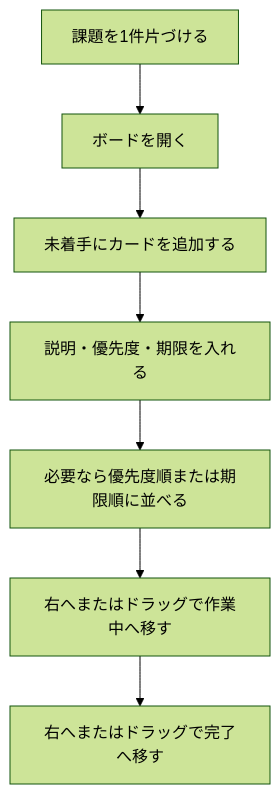
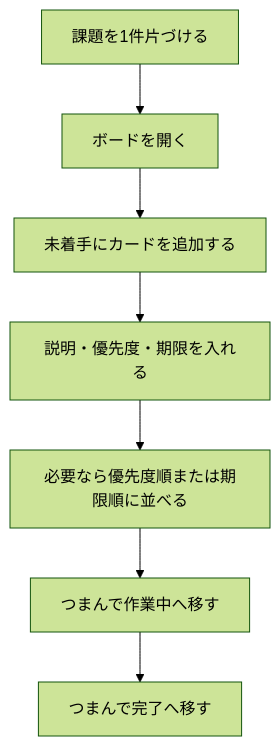
Before and after one commit to pfgnsb/kadai-kanri-board: the first of 10 diagrams in ドキュメント/要件定義書.md, drawn with Mermaid (forest theme). The commit also changed other lines of this file and 21 other files, not shown here.

````diff
--- a/ドキュメント/要件定義書.md
+++ b/ドキュメント/要件定義書.md
@@ -111,9 +111,9 @@
 ```mermaid
 flowchart TD
   start[課題を1件片づける] --> open[ボードを開く]
   open --> add[未着手にカードを追加する]
   add --> edit[説明・優先度・期限を入れる]
   edit --> sort[必要なら優先度順または期限順に並べる]
-  sort --> work[右へまたはドラッグで作業中へ移す]
-  work --> done[右へまたはドラッグで完了へ移す]
+  sort --> work[つまんで作業中へ移す]
+  work --> done[つまんで完了へ移す]
 ```
````
